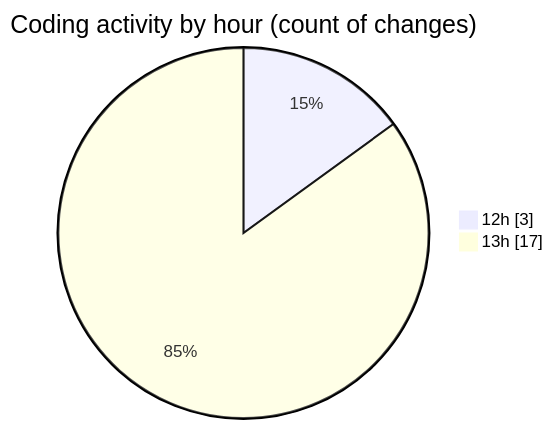
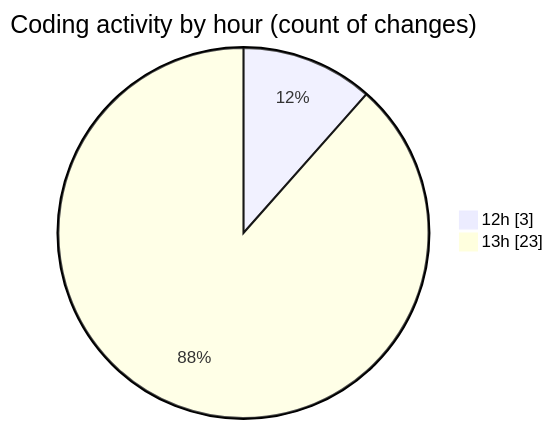
One commit to nxtqubesakshisongat/code-tracking changed the second of 2 diagrams in 2025-09-26/nxtqube_webapp/README.md. Above: the diagram before and after it, drawn with Mermaid. The commit also changed other lines of this file and 1 other file, not shown here.

````diff
--- a/2025-09-26/nxtqube_webapp/README.md
+++ b/2025-09-26/nxtqube_webapp/README.md
@@ -29,6 +29,6 @@
 ```mermaid
 pie showData
 title Coding activity by hour (count of changes)
 "12h" : 3
-"13h" : 17
+"13h" : 23
 ```
````
